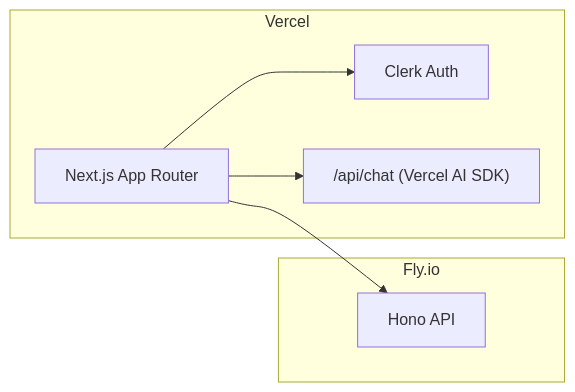
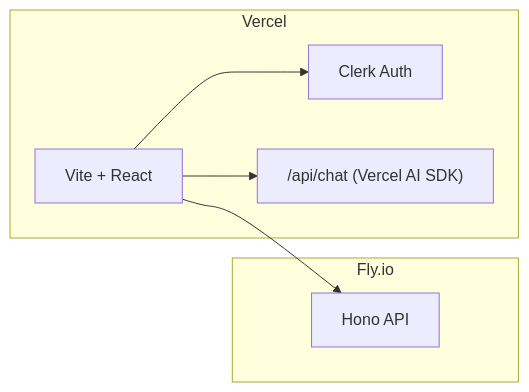
One commit to solvys/pulse changed the diagram in docs/phases/PHASE-I-FRONTEND.md. Above: the diagram before and after it, drawn with Mermaid. The commit also changed other lines of this file and 15 other files, not shown here.

First line of the commit message:
[v2.24.7] feat: Transition frontend to Vite + React, update environment variables and documentation

````diff
--- a/docs/phases/PHASE-I-FRONTEND.md
+++ b/docs/phases/PHASE-I-FRONTEND.md
@@ -59,16 +59,16 @@
 ```mermaid
 flowchart LR
   subgraph Vercel [Vercel]
-    Next[Next.js App Router]
+    Vite[Vite + React]
     Clerk[Clerk Auth]
     AIChat["/api/chat (Vercel AI SDK)"]
   end
 
   subgraph Fly [Fly.io]
     API[Hono API]
   end
 
-  Next --> Clerk
-  Next --> AIChat
-  Next --> API
+  Vite --> Clerk
+  Vite --> AIChat
+  Vite --> API
 ```
````
